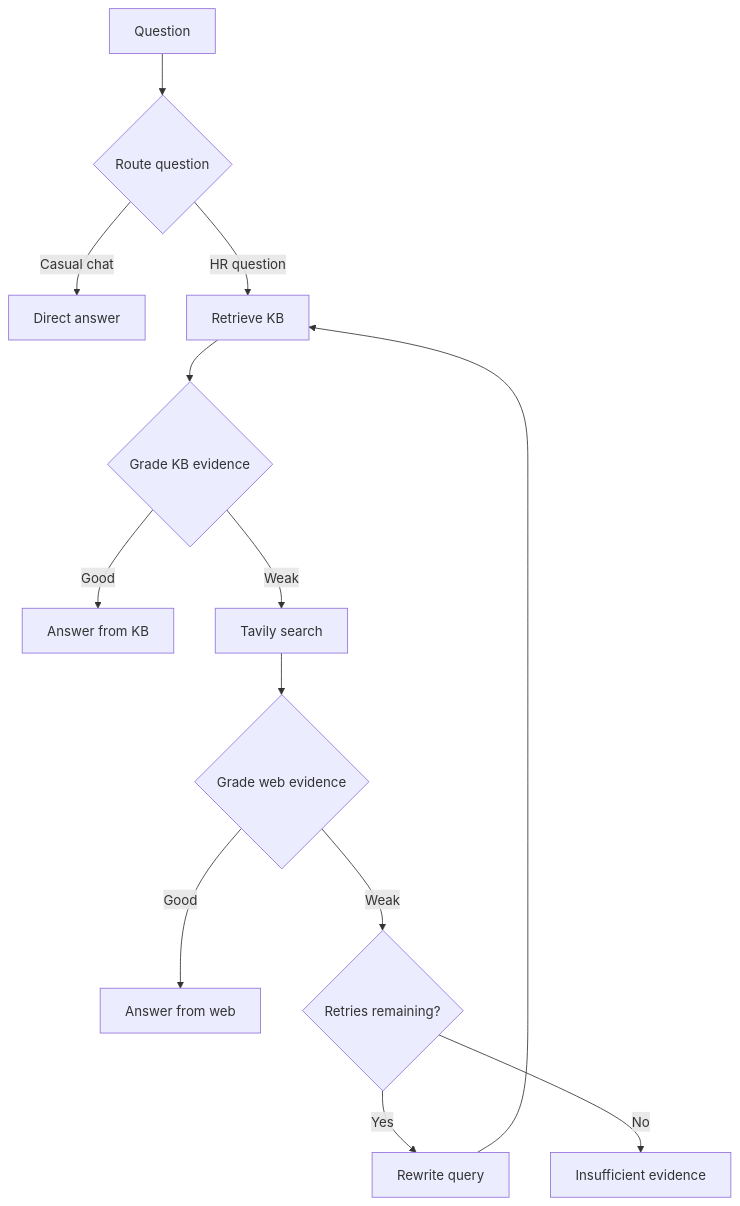
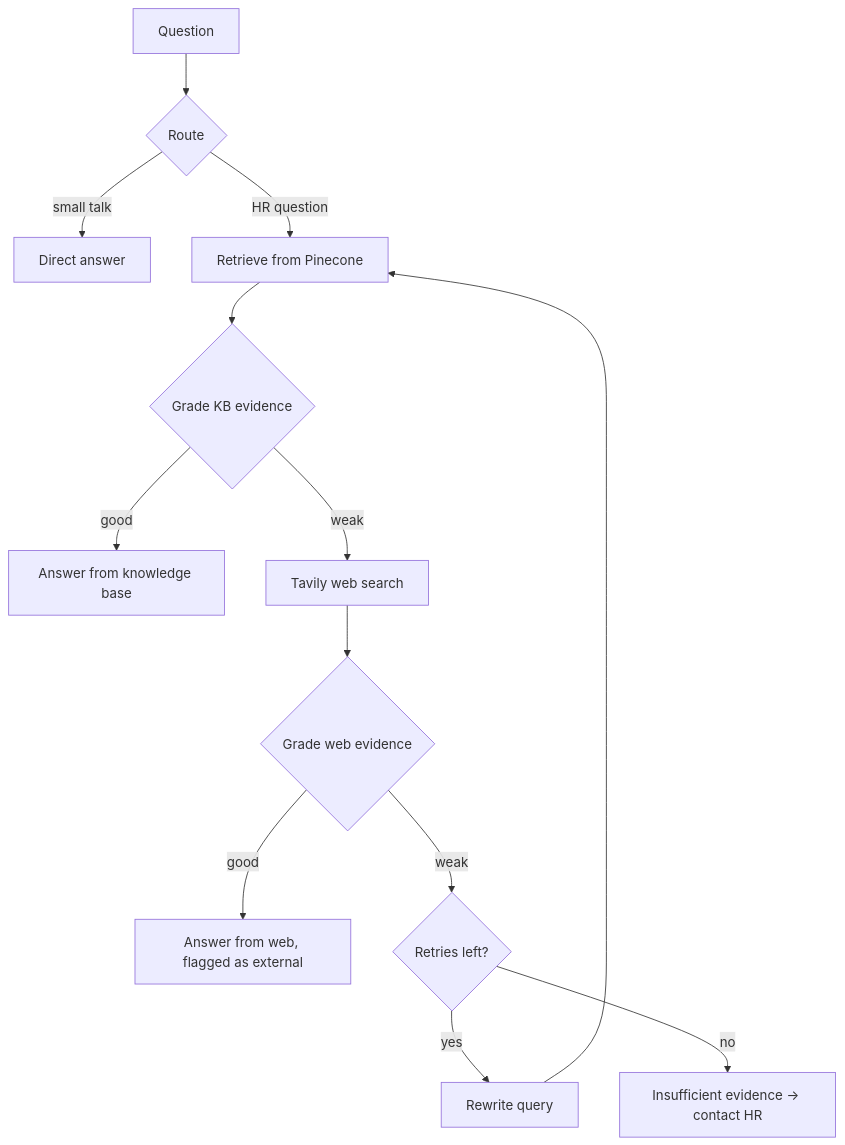
Before and after one commit to swapnilparate87/Agentic-_RAG-_Chatbot_for_HR_policy_Employees_support: the diagram in README.md, drawn with Mermaid. The commit also changed other lines of this file and 46 other files, not shown here.

````diff
--- a/README.md
+++ b/README.md
@@ -90,15 +34,14 @@
 ```mermaid
 flowchart TD
-    Q[Question] --> R{Route question}
-    R -->|Casual chat| D[Direct answer]
-    R -->|HR question| K[Retrieve KB]
+    Q[Question] --> R{Route}
+    R -->|small talk| D[Direct answer]
+    R -->|HR question| K[Retrieve from Pinecone]
     K --> G{Grade KB evidence}
-    G -->|Good| A[Answer from KB]
-    G -->|Weak| W[Tavily search]
+    G -->|good| A[Answer from knowledge base]
+    G -->|weak| W[Tavily web search]
     W --> V{Grade web evidence}
-    V -->|Good| B[Answer from web]
-    V -->|Weak| L{Retries remaining?}
-    L -->|Yes| X[Rewrite query]
-    X --> K
-    L -->|No| I[Insufficient evidence]
+    V -->|good| B[Answer from web, flagged as external]
+    V -->|weak| L{Retries left?}
+    L -->|yes| X[Rewrite query] --> K
+    L -->|no| I[Insufficient evidence → contact HR]
 ```
````
